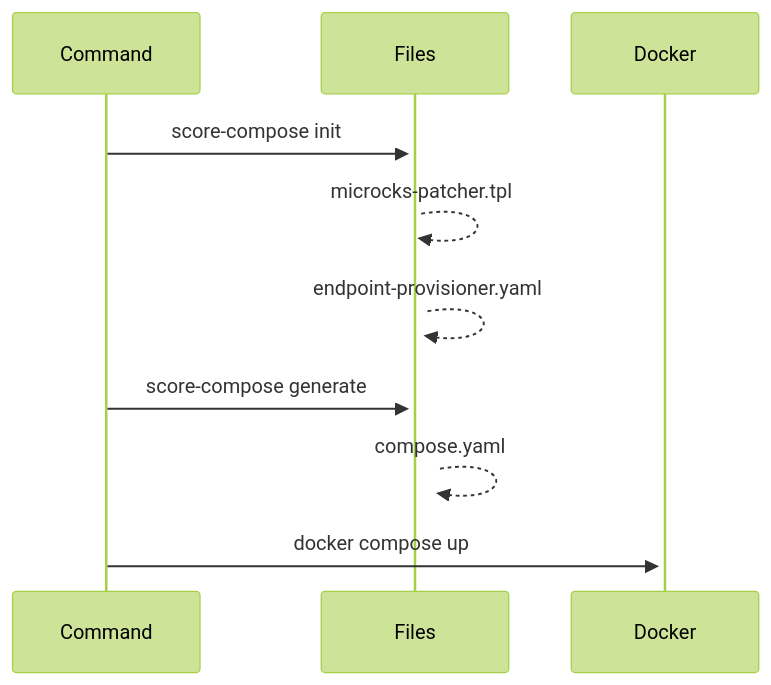
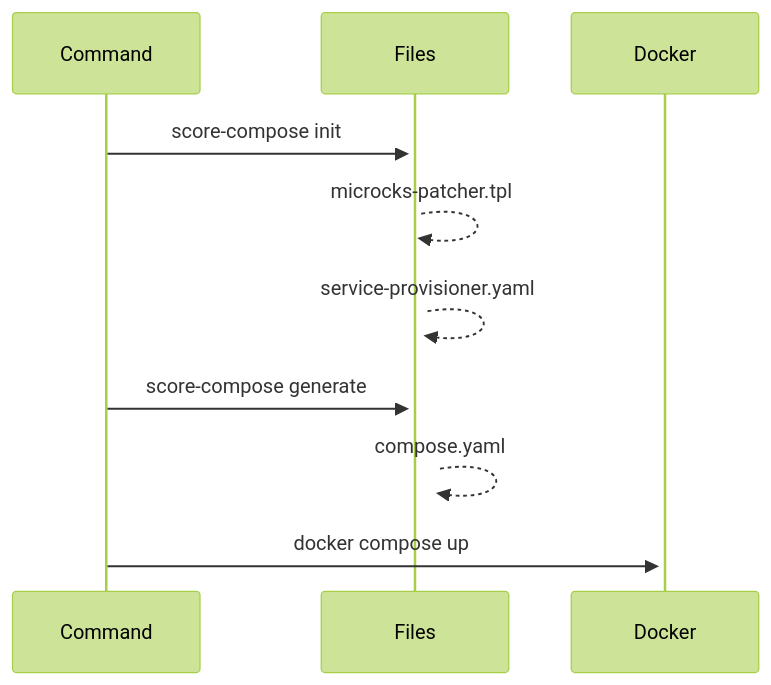
One commit to mathieu-benoit/score-microcks changed the second of 3 diagrams in README.md. Above: the diagram before and after it, drawn with Mermaid (forest theme). The commit also changed other lines of this file and 2 other files, not shown here.

````diff
--- a/README.md
+++ b/README.md
@@ -16,9 +18,9 @@
 ```mermaid
 sequenceDiagram
     Command->>+Files: score-compose init
     Files-->>+Files: microcks-patcher.tpl
-    Files-->>+Files: endpoint-provisioner.yaml
+    Files-->>+Files: service-provisioner.yaml
     Command->>+Files: score-compose generate
     Files-->>+Files: compose.yaml
     Command->>+Docker: docker compose up
 ```
````
